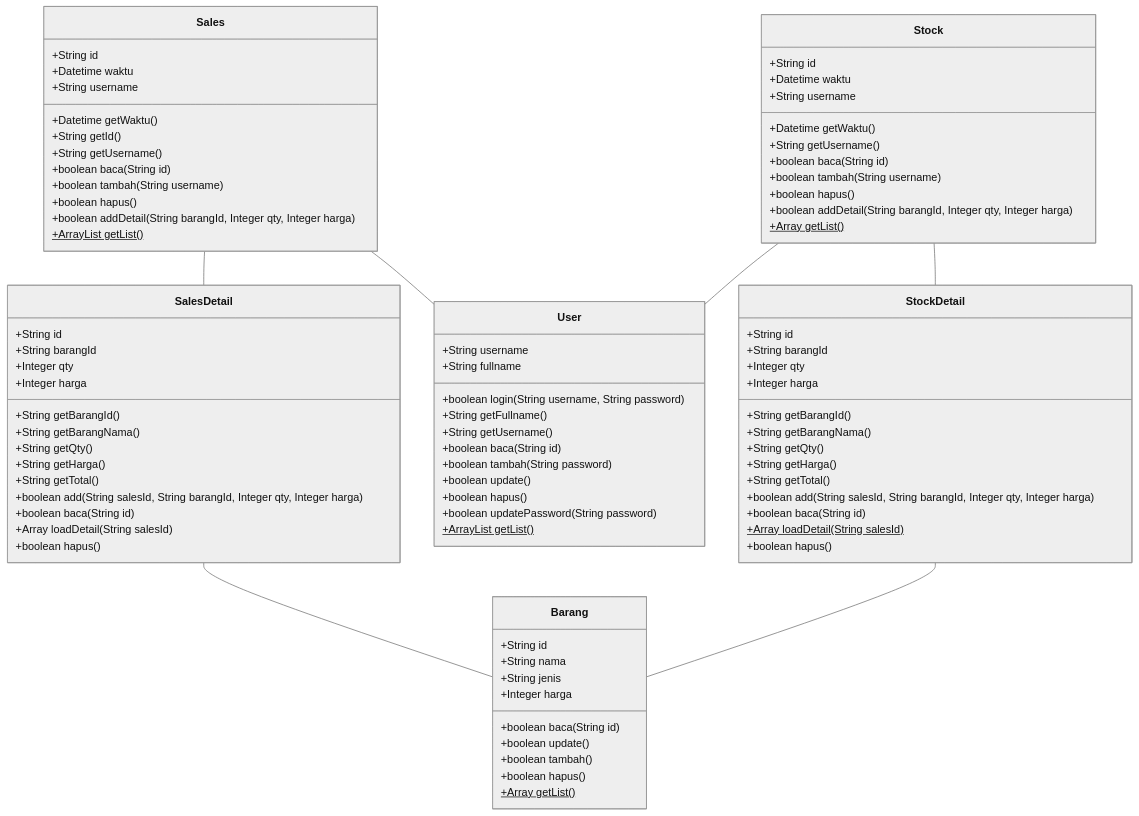
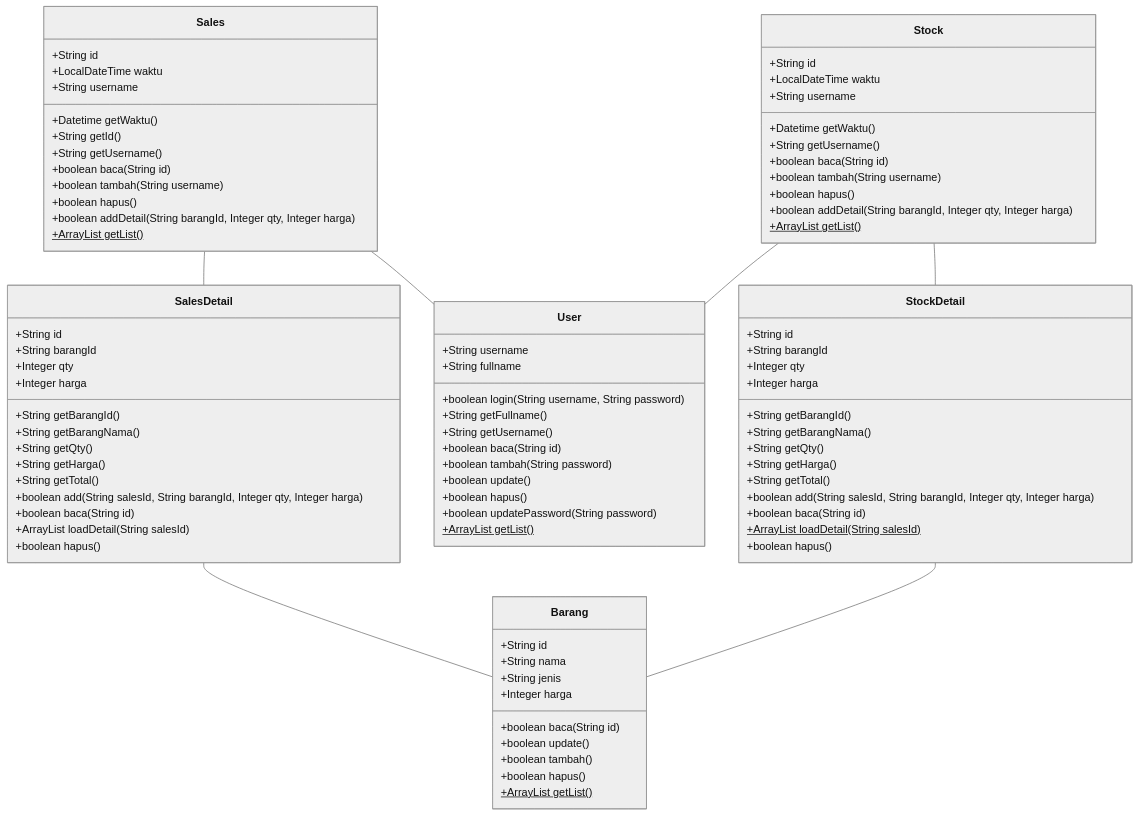
One commit to ruang-belajar/java-ee changed the diagram in latihan/project-1.md. Above: the diagram before and after it, drawn with Mermaid (neutral theme).

Commit message:
lkjlkjgfd

```diff
--- a/latihan/project-1.md
+++ b/latihan/project-1.md
@@ -50,7 +50,7 @@
         }
         class Sales {
             +String id
-            +Datetime waktu
+            +LocalDateTime waktu
             +String username
             +Datetime getWaktu()
             +String getId()
@@ -73,7 +73,7 @@
             +String getTotal()
             +boolean add(String salesId, String barangId, Integer qty, Integer harga)
             +boolean baca(String id)
-            +Array<SalesDetail> loadDetail(String salesId)
+            +ArrayList<SalesDetail> loadDetail(String salesId)
             +boolean hapus()
         }
         class Barang {
@@ -85,11 +85,11 @@
             +boolean update()
             +boolean tambah()
             +boolean hapus()
-            +Array<Barang> getList()$
+            +ArrayList<Barang> getList()$
         }
         class Stock {
             +String id
-            +Datetime waktu
+            +LocalDateTime waktu
             +String username
             +Datetime getWaktu()
             +String getUsername()
@@ -97,7 +97,7 @@
             +boolean tambah(String username)
             +boolean hapus()
             +boolean addDetail(String barangId, Integer qty, Integer harga)
-            +Array<SalesDetail> getList()$
+            +ArrayList<SalesDetail> getList()$
         }
         class StockDetail {
             +String id
@@ -111,7 +111,7 @@
             +String getTotal()
             +boolean add(String salesId, String barangId, Integer qty, Integer harga)
             +boolean baca(String id)
-            +Array<SalesDetail> loadDetail(String salesId)$
+            +ArrayList<SalesDetail> loadDetail(String salesId)$
             +boolean hapus()
         }
 
```
